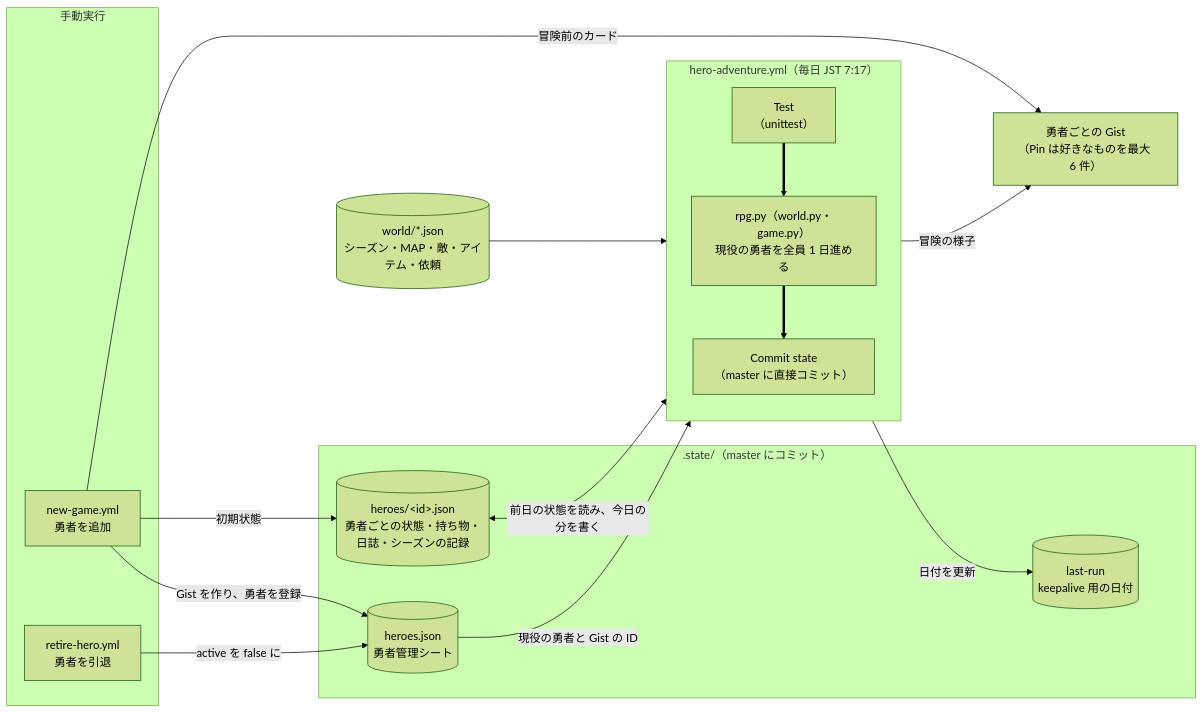
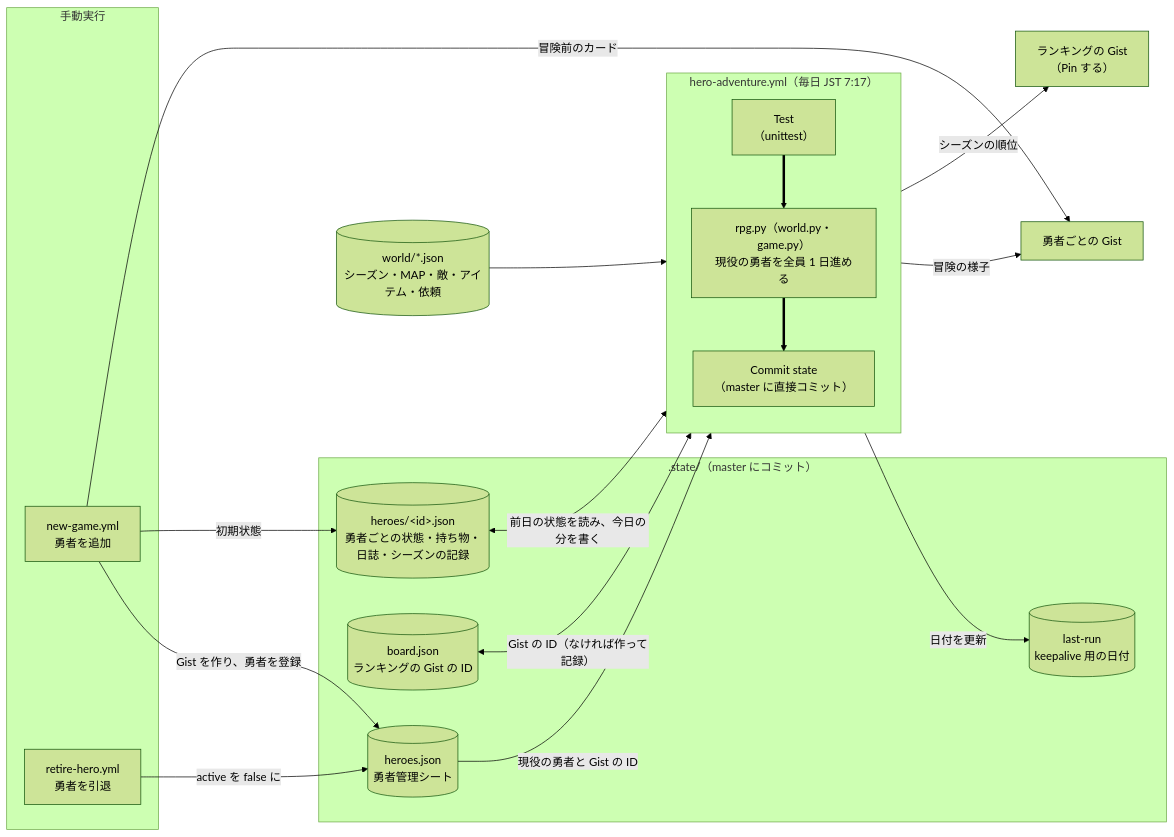
One commit to ot-nemoto/cryepis changed the first of 3 diagrams in docs/DATA_FLOW.md. Above: the diagram before and after it, drawn with Mermaid (forest theme). The commit also changed other lines of this file and 10 other files, not shown here.

First line of the commit message:
feat: Pin 用のランキングの Gist を追加し、勇者の上限を 30 人にする

````diff
--- a/docs/DATA_FLOW.md
+++ b/docs/DATA_FLOW.md
@@ -7,34 +7,38 @@
 ```mermaid
 flowchart LR
     subgraph daily["hero-adventure.yml（毎日 JST 7:17）"]
         direction TB
         test["Test<br/>（unittest）"]
         rpg["rpg.py（world.py・game.py）<br/>現役の勇者を全員 1 日進める"]
         commit["Commit state<br/>（master に直接コミット）"]
         test ==> rpg ==> commit
     end
 
     subgraph manual["手動実行"]
         newgame["new-game.yml<br/>勇者を追加"]
         retire["retire-hero.yml<br/>勇者を引退"]
     end
 
     subgraph state[".state/（master にコミット）"]
         heroes[("heroes.json<br/>勇者管理シート")]
+        board[("board.json<br/>ランキングの Gist の ID")]
         heroState[("heroes/&lt;id&gt;.json<br/>勇者ごとの状態・持ち物・日誌・シーズンの記録")]
         lastRun[("last-run<br/>keepalive 用の日付")]
     end
 
     world[("world/*.json<br/>シーズン・MAP・敵・アイテム・依頼")]
-    gists["勇者ごとの Gist<br/>（Pin は好きなものを最大 6 件）"]
+    gists["勇者ごとの Gist"]
+    ranking["ランキングの Gist<br/>（Pin する）"]
 
     world --> rpg
     heroes -->|"現役の勇者と Gist の ID"| rpg
     heroState <-->|"前日の状態を読み、今日の分を書く"| rpg
     rpg -->|"冒険の様子"| gists
+    rpg -->|"シーズンの順位"| ranking
+    board <-->|"Gist の ID（なければ作って記録）"| rpg
     newgame -->|"Gist を作り、勇者を登録"| heroes
     newgame -->|"初期状態"| heroState
     newgame -->|"冒険前のカード"| gists
     retire -->|"active を false に"| heroes
     commit -->|"日付を更新"| lastRun
 ```
````
